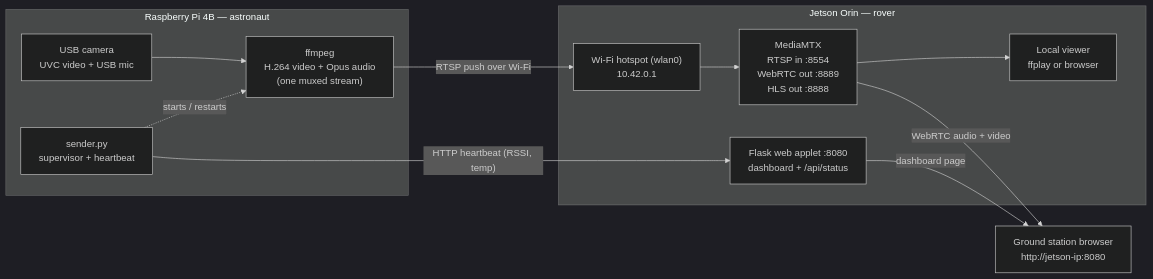
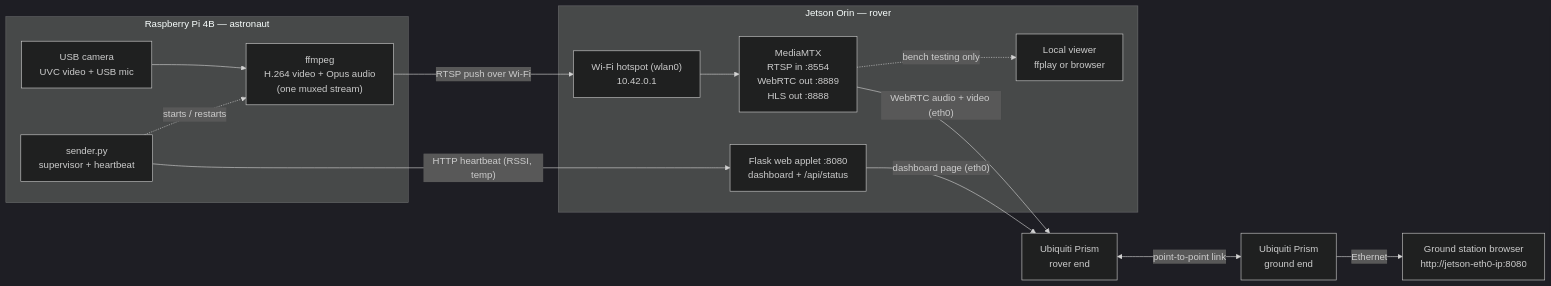
Before and after one commit to LucaLanzi/astronaut-streamer: the diagram in PLAN.md, drawn with Mermaid (dark theme). The commit also changed other lines of this file, not shown here.

First line of the commit message:
astronaut-streamer plan: apply answers, add Prism link and OBS notes

````diff
--- a/PLAN.md
+++ b/PLAN.md
@@ -37,22 +40,26 @@
 ```mermaid
 flowchart LR
     subgraph PI["Raspberry Pi 4B — astronaut"]
         CAM["USB camera<br/>UVC video + USB mic"] --> FF["ffmpeg<br/>H.264 video + Opus audio<br/>(one muxed stream)"]
         SUP["sender.py<br/>supervisor + heartbeat"] -. "starts / restarts" .-> FF
     end
 
     subgraph JET["Jetson Orin — rover"]
         AP["Wi-Fi hotspot (wlan0)<br/>10.42.0.1"]
         MTX["MediaMTX<br/>RTSP in :8554<br/>WebRTC out :8889<br/>HLS out :8888"]
         WEB["Flask web applet :8080<br/>dashboard + /api/status"]
         LOCAL["Local viewer<br/>ffplay or browser"]
     end
 
-    GS["Ground station browser<br/>http://jetson-ip:8080"]
+    UBR["Ubiquiti Prism<br/>rover end"]
+    UBG["Ubiquiti Prism<br/>ground end"]
+    GS["Ground station browser<br/>http://jetson-eth0-ip:8080"]
 
     FF -- "RTSP push over Wi-Fi" --> AP --> MTX
     SUP -- "HTTP heartbeat (RSSI, temp)" --> WEB
-    MTX --> LOCAL
-    WEB -- "dashboard page" --> GS
-    MTX -- "WebRTC audio + video" --> GS
+    MTX -. "bench testing only" .-> LOCAL
+    WEB -- "dashboard page (eth0)" --> UBR
+    MTX -- "WebRTC audio + video (eth0)" --> UBR
+    UBR <-->|point-to-point link| UBG
+    UBG -- "Ethernet" --> GS
 ```
````
